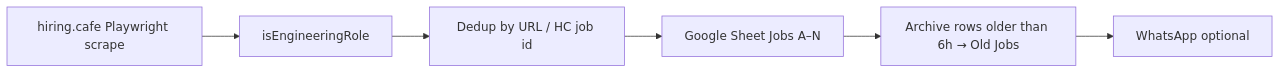
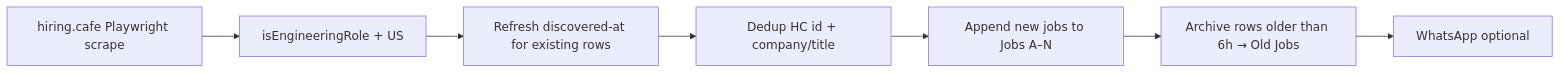
One commit to koundinyapidaparthydev/koundinyaportfolio changed the diagram in docs/JOBS-PIPELINE.md. Above: the diagram before and after it, drawn with Mermaid. The commit also changed other lines of this file and 13 other files, not shown here.

````diff
--- a/docs/JOBS-PIPELINE.md
+++ b/docs/JOBS-PIPELINE.md
@@ -13,9 +13,10 @@
 ```mermaid
 flowchart LR
   HC[hiring.cafe Playwright scrape]
-  HC --> Filter[isEngineeringRole]
-  Filter --> Dedup[Dedup by URL / HC job id]
-  Dedup --> Sheet[Google Sheet Jobs A–N]
+  HC --> Filter[isEngineeringRole + US]
+  Filter --> Refresh[Refresh discovered-at for existing rows]
+  Refresh --> Dedup[Dedup HC id + company/title]
+  Dedup --> Sheet[Append new jobs to Jobs A–N]
   Sheet --> Archive[Archive rows older than 6h → Old Jobs]
   Archive --> Notify[WhatsApp optional]
 ```
````
